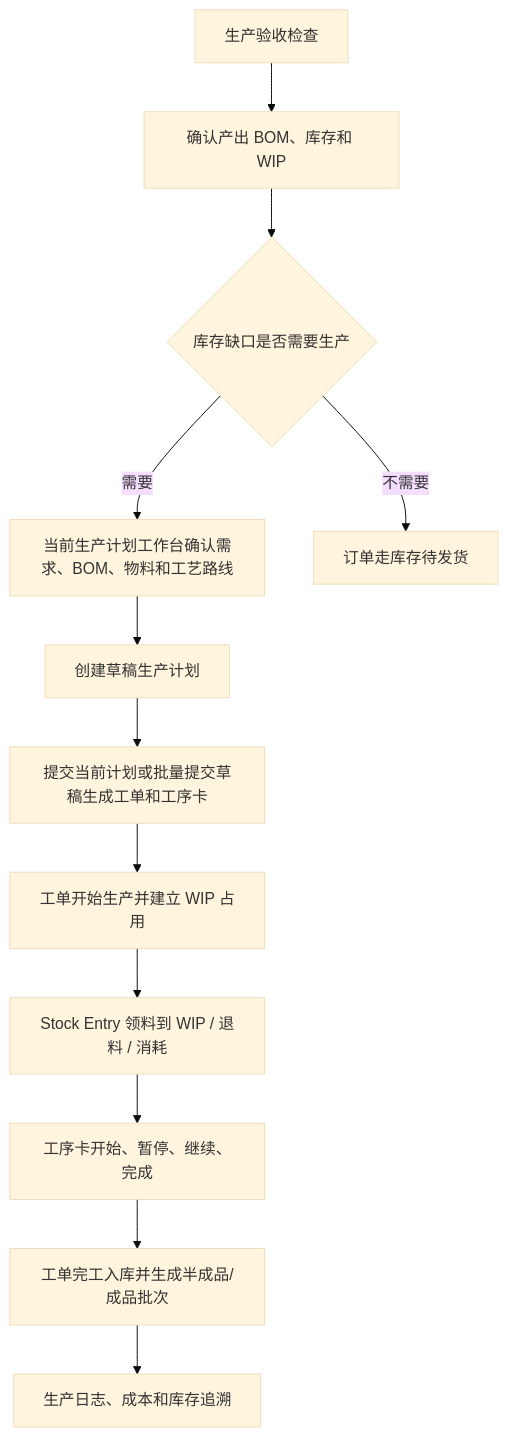
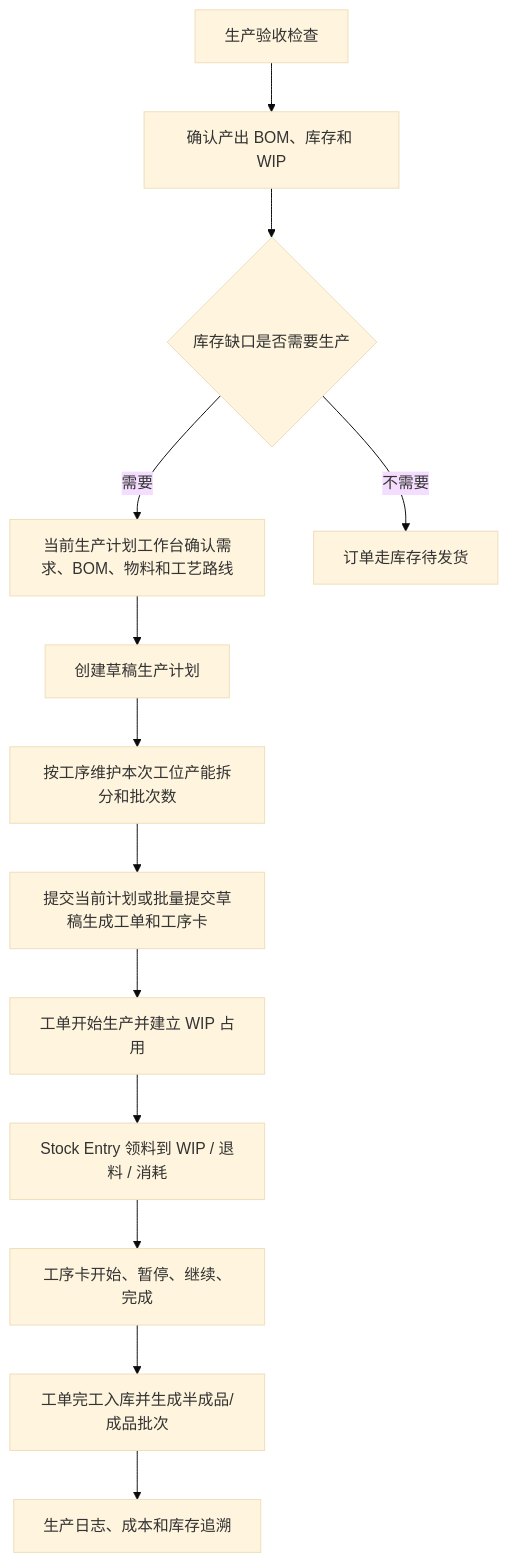
The diagram in orderapp-remote/docs/OP_MANUAL_PRODUCTION.md (Backstage2539/KFerp), drawn with Mermaid (base theme) before and after one commit. The commit also changed other lines of this file and 26 other files, not shown here.

````diff
--- a/orderapp-remote/docs/OP_MANUAL_PRODUCTION.md
+++ b/orderapp-remote/docs/OP_MANUAL_PRODUCTION.md
@@ -15,14 +15,15 @@
 ```mermaid
 flowchart TD
   A["生产验收检查"] --> B["确认产出 BOM、库存和 WIP"]
   B --> C{"库存缺口是否需要生产"}
   C -->|需要| D["当前生产计划工作台确认需求、BOM、物料和工艺路线"]
   C -->|不需要| E["订单走库存待发货"]
   D --> F["创建草稿生产计划"]
-  F --> J["提交当前计划或批量提交草稿生成工单和工序卡"]
+  F --> M["按工序维护本次工位产能拆分和批次数"]
+  M --> J["提交当前计划或批量提交草稿生成工单和工序卡"]
   J --> I["工单开始生产并建立 WIP 占用"]
   I --> K["Stock Entry 领料到 WIP / 退料 / 消耗"]
   K --> L["工序卡开始、暂停、继续、完成"]
   L --> G["工单完工入库并生成半成品/成品批次"]
   G --> H["生产日志、成本和库存追溯"]
 ```
````
